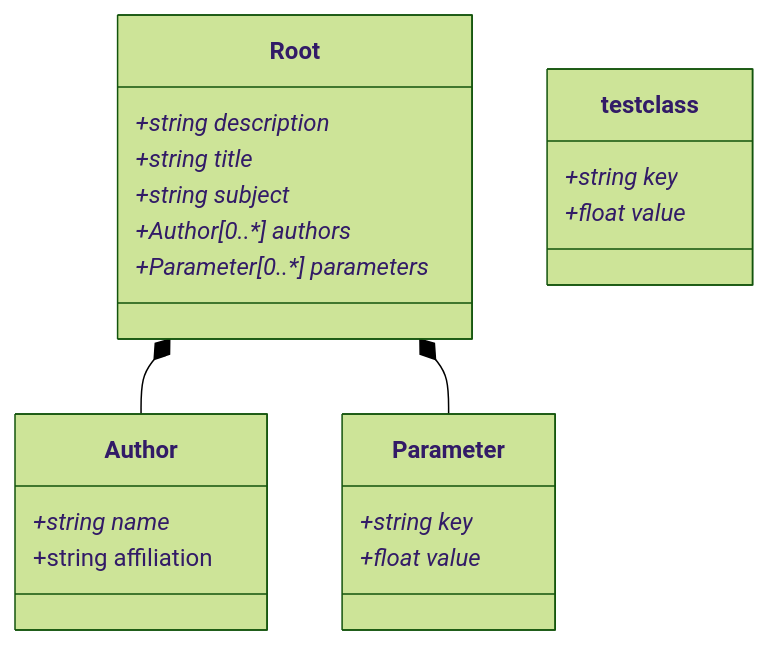
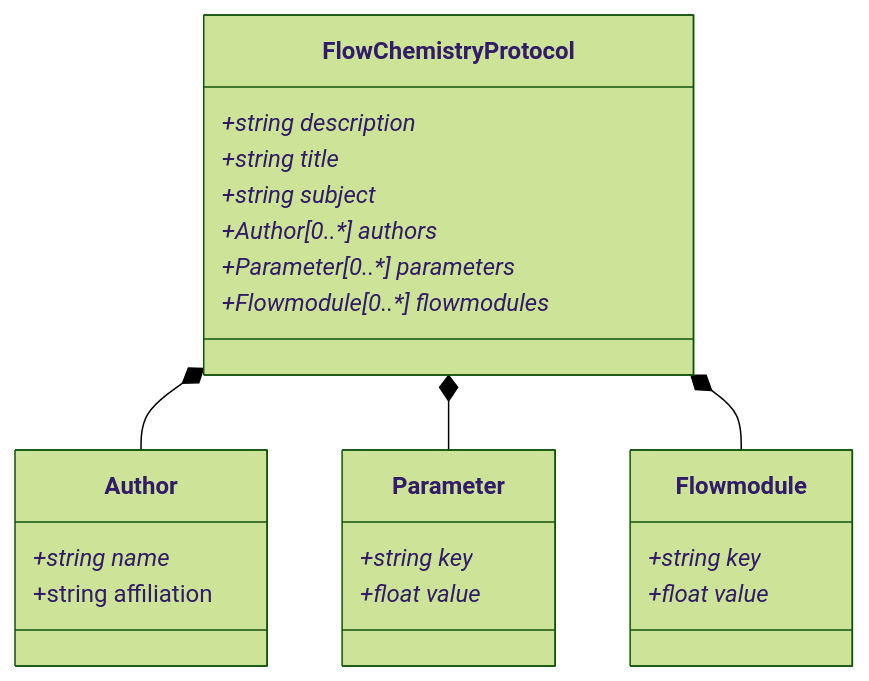
Before and after one commit to C-Kessler/sdrdm-flowchem-B2: the diagram in pyDataset/schemes/Dataset.md, drawn with Mermaid (forest theme). The commit also changed 2 other files, not shown here.

Commit message:
same as before

````diff
--- a/pyDataset/schemes/Dataset.md
+++ b/pyDataset/schemes/Dataset.md
@@ -1,29 +1,31 @@
 ```mermaid
 classDiagram
-    Root *-- Author
-    Root *-- Parameter
+    FlowChemistryProtocol *-- Author
+    FlowChemistryProtocol *-- Parameter
+    FlowChemistryProtocol *-- Flowmodule
     
-    class Root {
+    class FlowChemistryProtocol {
         +string description*
         +string title*
         +string subject*
         +Author[0..*] authors*
         +Parameter[0..*] parameters*
+        +Flowmodule[0..*] flowmodules*
     }
     
     class Author {
         +string name*
         +string affiliation
     }
     
     class Parameter {
         +string key*
         +float value*
     }
     
-    class testclass {
+    class Flowmodule {
         +string key*
         +float value*
     }
     
 ```
````
